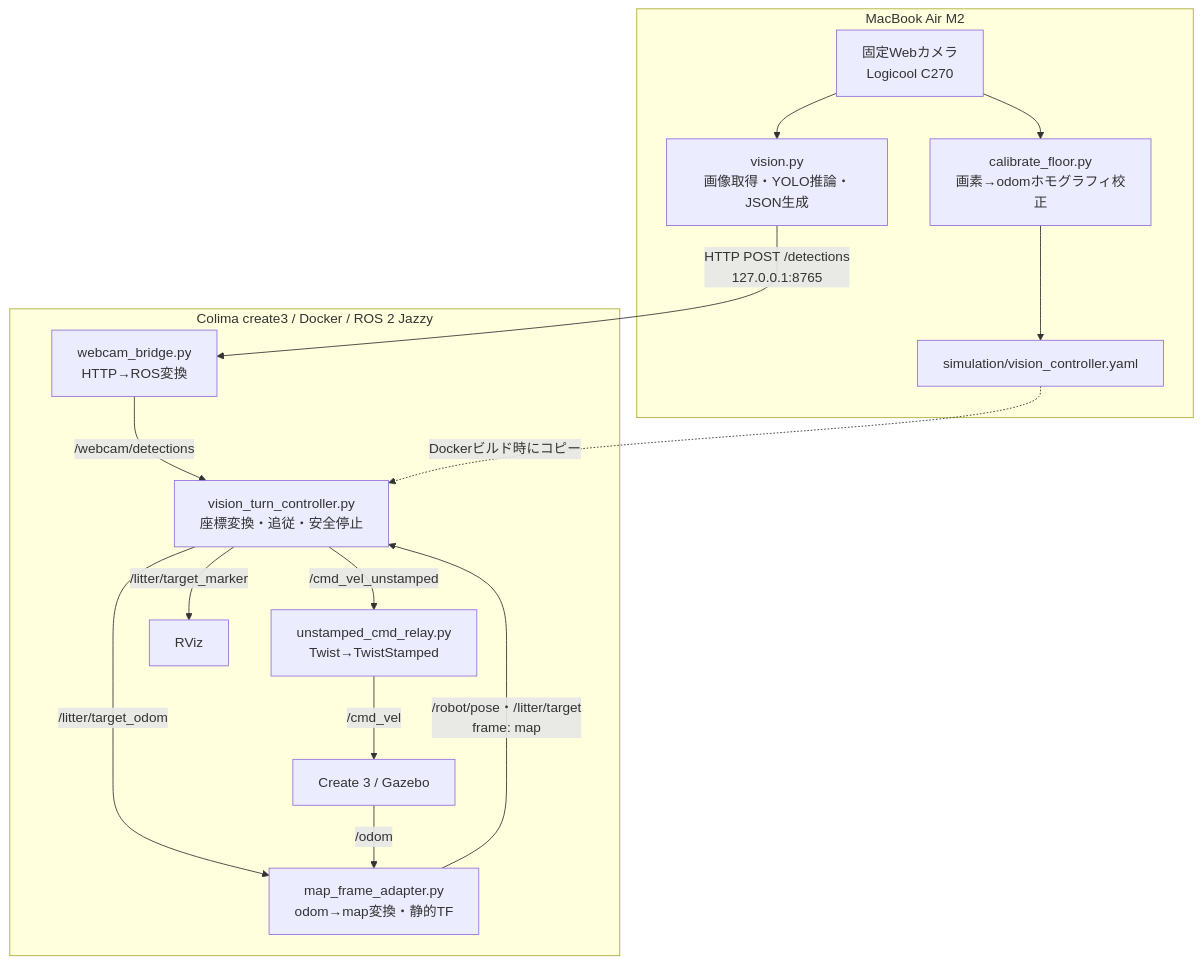
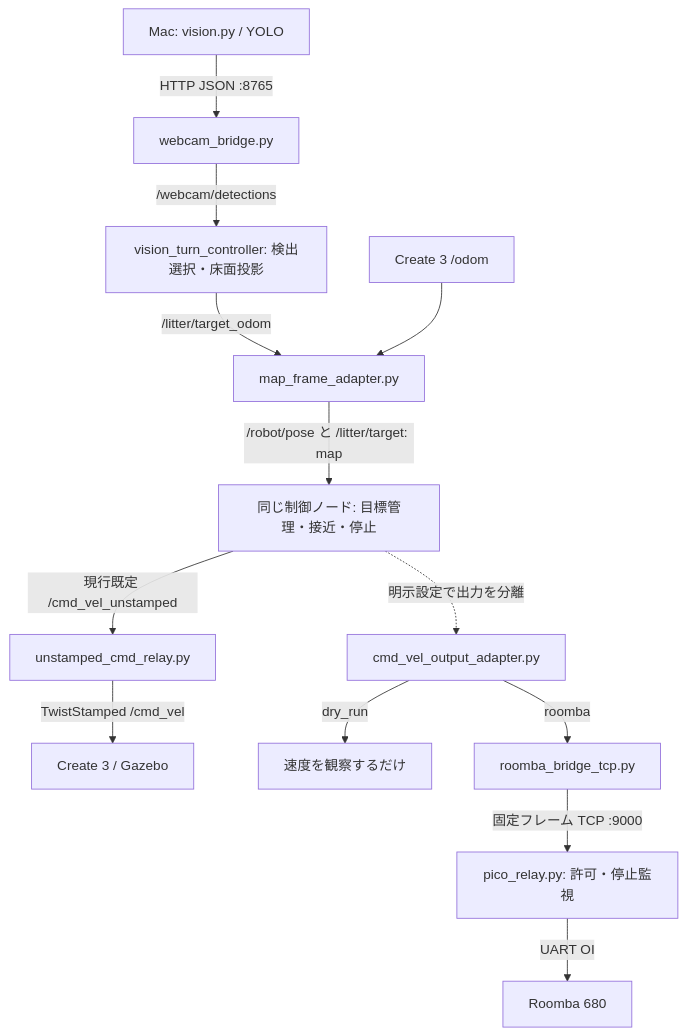
The first of 3 diagrams in ARCHITECTURE.md (nagipan777/robot-1), drawn with Mermaid before and after one commit. The commit also changed other lines of this file and 3 other files, not shown here.

Commit message:
Document current architecture, motion safety boundaries and staged cleanup

````diff
--- a/ARCHITECTURE.md
+++ b/ARCHITECTURE.md
@@ -9,33 +36,15 @@
 ```mermaid
-flowchart TB
-    subgraph mac["MacBook Air M2"]
-        camera["固定Webカメラ<br/>Logicool C270"]
-        vision["vision.py<br/>画像取得・YOLO推論・JSON生成"]
-        calibration["calibrate_floor.py<br/>画素→odomホモグラフィ校正"]
-        config["simulation/vision_controller.yaml"]
-
-        camera --> vision
-        camera --> calibration
-        calibration --> config
-    end
-
-    subgraph container["Colima create3 / Docker / ROS 2 Jazzy"]
-        bridge["webcam_bridge.py<br/>HTTP→ROS変換"]
-        frames["map_frame_adapter.py<br/>odom→map変換・静的TF"]
-        controller["vision_turn_controller.py<br/>座標変換・追従・安全停止"]
-        relay["unstamped_cmd_relay.py<br/>Twist→TwistStamped"]
-        create3["Create 3 / Gazebo"]
-        rviz["RViz"]
-
-        bridge -->|"/webcam/detections"| controller
-        controller -->|"/litter/target_odom"| frames
-        create3 -->|"/odom"| frames
-        frames -->|"/robot/pose・/litter/target<br/>frame: map"| controller
-        controller -->|"/cmd_vel_unstamped"| relay
-        relay -->|"/cmd_vel"| create3
-        controller -->|"/litter/target_marker"| rviz
-    end
-
-    vision -->|"HTTP POST /detections<br/>127.0.0.1:8765"| bridge
-    config -.->|"Dockerビルド時にコピー"| controller
+flowchart TD
+    image["Mac: vision.py / YOLO"] -->|"HTTP JSON :8765"| ingress["webcam_bridge.py"]
+    ingress -->|"/webcam/detections"| projection["vision_turn_controller: 検出選択・床面投影"]
+    projection -->|"/litter/target_odom"| frames["map_frame_adapter.py"]
+    simpose["Create 3 /odom"] --> frames
+    frames -->|"/robot/pose と /litter/target: map"| nav["同じ制御ノード: 目標管理・接近・停止"]
+    nav -->|"現行既定 /cmd_vel_unstamped"| relay["unstamped_cmd_relay.py"]
+    relay -->|"TwistStamped /cmd_vel"| gazebo["Create 3 / Gazebo"]
+    nav -.->|"明示設定で出力を分離"| router["cmd_vel_output_adapter.py"]
+    router -->|"dry_run"| inspect["速度を観察するだけ"]
+    router -->|"roomba"| tcp["roomba_bridge_tcp.py"]
+    tcp -->|"固定フレーム TCP :9000"| pico["pico_relay.py: 許可・停止監視"]
+    pico -->|"UART OI"| robot["Roomba 680"]
 ```
````
